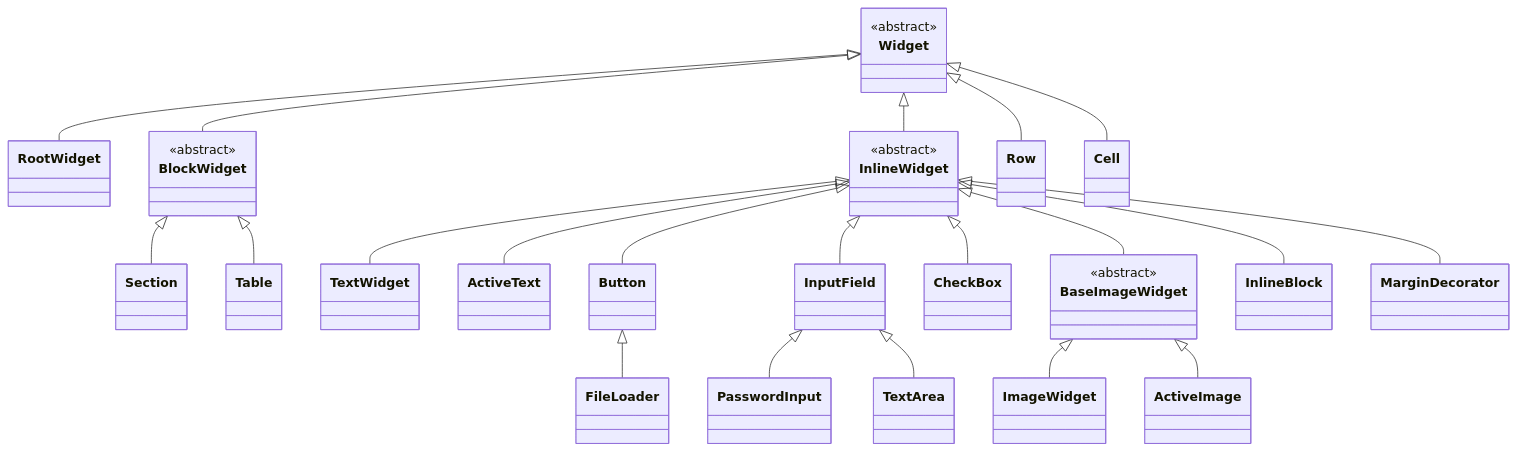
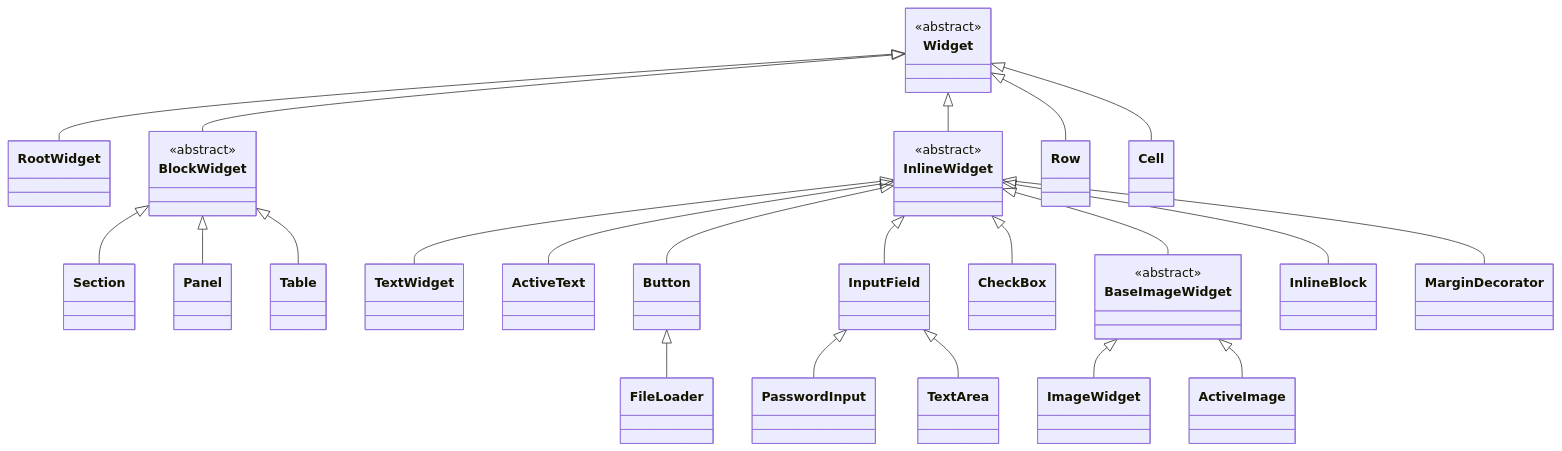
The diagram in docs/WIDGETS.md (kniazkov/widgets), drawn with Mermaid before and after one commit. The commit also changed other lines of this file, not shown here.

Commit message:
Document declarative widget composition

````diff
--- a/docs/WIDGETS.md
+++ b/docs/WIDGETS.md
@@ -14,41 +14,42 @@
 ```mermaid
 classDiagram
     direction TB
 
     class Widget {
         <<abstract>>
     }
     class BlockWidget {
         <<abstract>>
     }
     class InlineWidget {
         <<abstract>>
     }
     class BaseImageWidget {
         <<abstract>>
     }
 
     Widget <|-- RootWidget
     Widget <|-- BlockWidget
     Widget <|-- InlineWidget
     Widget <|-- Row
     Widget <|-- Cell
 
     BlockWidget <|-- Section
+    BlockWidget <|-- Panel
     BlockWidget <|-- Table
 
     InlineWidget <|-- TextWidget
     InlineWidget <|-- ActiveText
     InlineWidget <|-- Button
     InlineWidget <|-- InputField
     InlineWidget <|-- CheckBox
     InlineWidget <|-- BaseImageWidget
     InlineWidget <|-- InlineBlock
     InlineWidget <|-- MarginDecorator
 
     Button <|-- FileLoader
     InputField <|-- PasswordInput
     InputField <|-- TextArea
     BaseImageWidget <|-- ImageWidget
     BaseImageWidget <|-- ActiveImage
 ```
````
